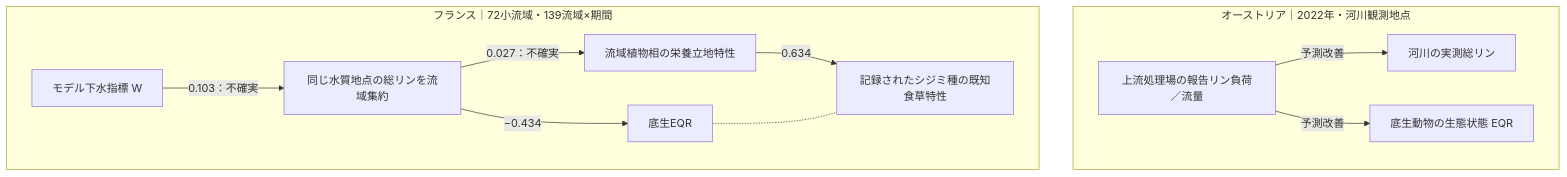
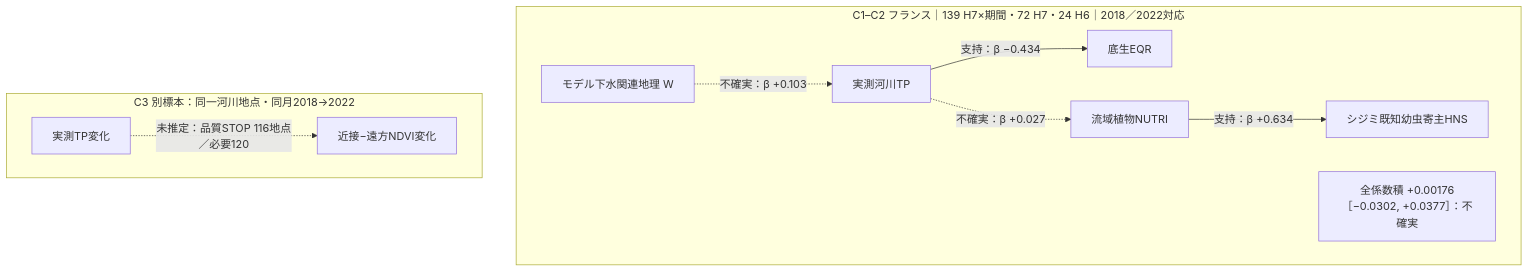
The third of 4 diagrams in docs/manuscript_riparian_interactions/README.md (zuizui0223/gesui), drawn with Mermaid before and after one commit. The commit also changed other lines of this file and 4 other files, not shown here.

````diff
--- a/docs/manuscript_riparian_interactions/README.md
+++ b/docs/manuscript_riparian_interactions/README.md
@@ -37,14 +61,13 @@
 ```mermaid
 flowchart TB
-  subgraph AT["オーストリア｜2022年・河川観測地点"]
-    A["上流処理場の報告リン負荷／流量"] -->|"予測改善"| B["河川の実測総リン"]
-    A -->|"予測改善"| C["底生動物の生態状態 EQR"]
+  subgraph FR["C1–C2 フランス｜139 H7×期間・72 H7・24 H6｜2018／2022対応"]
+    W["モデル下水関連地理 W"] -.->|"不確実：β +0.103"| TP["実測河川TP"]
+    TP -->|"支持：β −0.434"| E["底生EQR"]
+    TP -.->|"不確実：β +0.027"| P["流域植物NUTRI"]
+    P -->|"支持：β +0.634"| L["シジミ既知幼虫寄主HNS"]
+    PROD["全係数積 +0.00176［−0.0302, +0.0377］：不確実"]
   end
-  subgraph FR["フランス｜72小流域・139流域×期間"]
-    W["モデル下水指標 W"] -->|"0.103：不確実"| T["同じ水質地点の総リンを流域集約"]
-    T -->|"−0.434"| E["底生EQR"]
-    T -->|"0.027：不確実"| P["流域植物相の栄養立地特性"]
-    P -->|"0.634"| H["記録されたシジミ種の既知食草特性"]
-    E -.- H
+  subgraph STOP["C3 別標本：同一河川地点・同月2018→2022"]
+    DT["実測TP変化"] -.->|"未推定：品質STOP 116地点／必要120"| DN["近接−遠方NDVI変化"]
   end
 ```
````
